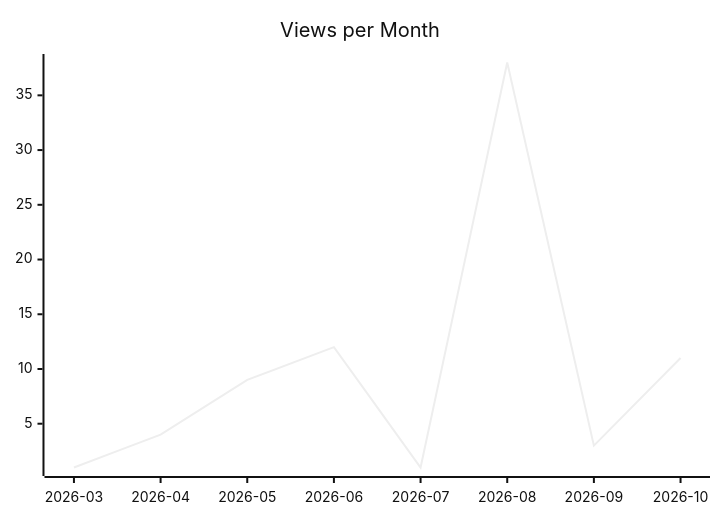
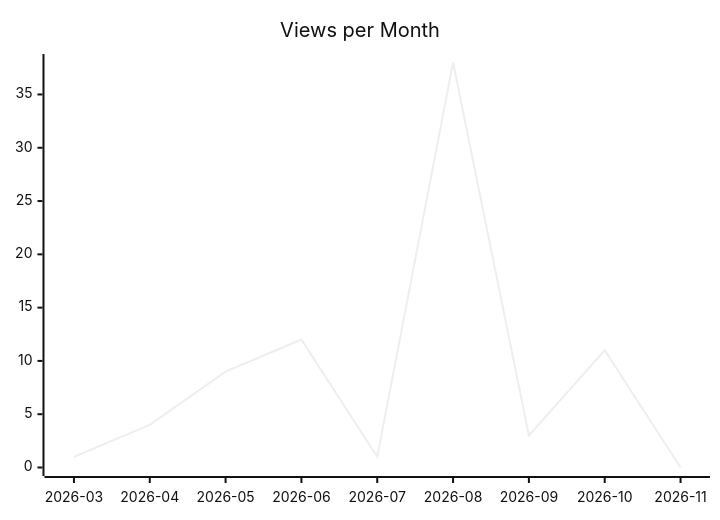
Before and after one commit to justdavis-family/github-analytics-data: the second of 3 diagrams in justdavis-family/justdavis/README.md, drawn with Mermaid (neutral theme). The commit also changed other lines of this file and 201 other files, not shown here.

````diff
--- a/justdavis-family/justdavis/README.md
+++ b/justdavis-family/justdavis/README.md
@@ -12,6 +12,6 @@
 ```mermaid
 xychart-beta
   title "Views per Month"
-  x-axis ["2026-03", "2026-04", "2026-05", "2026-06", "2026-07", "2026-08", "2026-09", "2026-10"]
-  line [1, 4, 9, 12, 1, 38, 3, 11]
+  x-axis ["2026-03", "2026-04", "2026-05", "2026-06", "2026-07", "2026-08", "2026-09", "2026-10", "2026-11"]
+  line [1, 4, 9, 12, 1, 38, 3, 11, 0]
 ```
````
